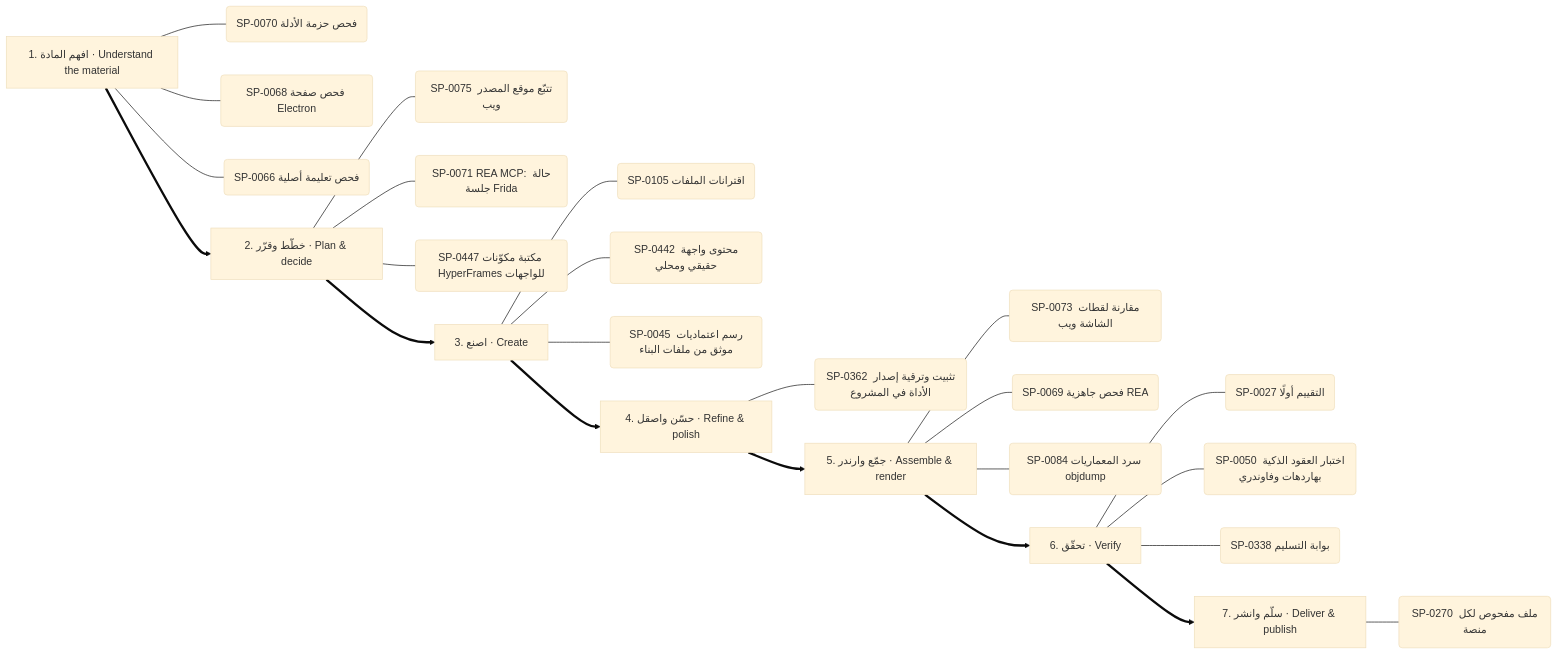
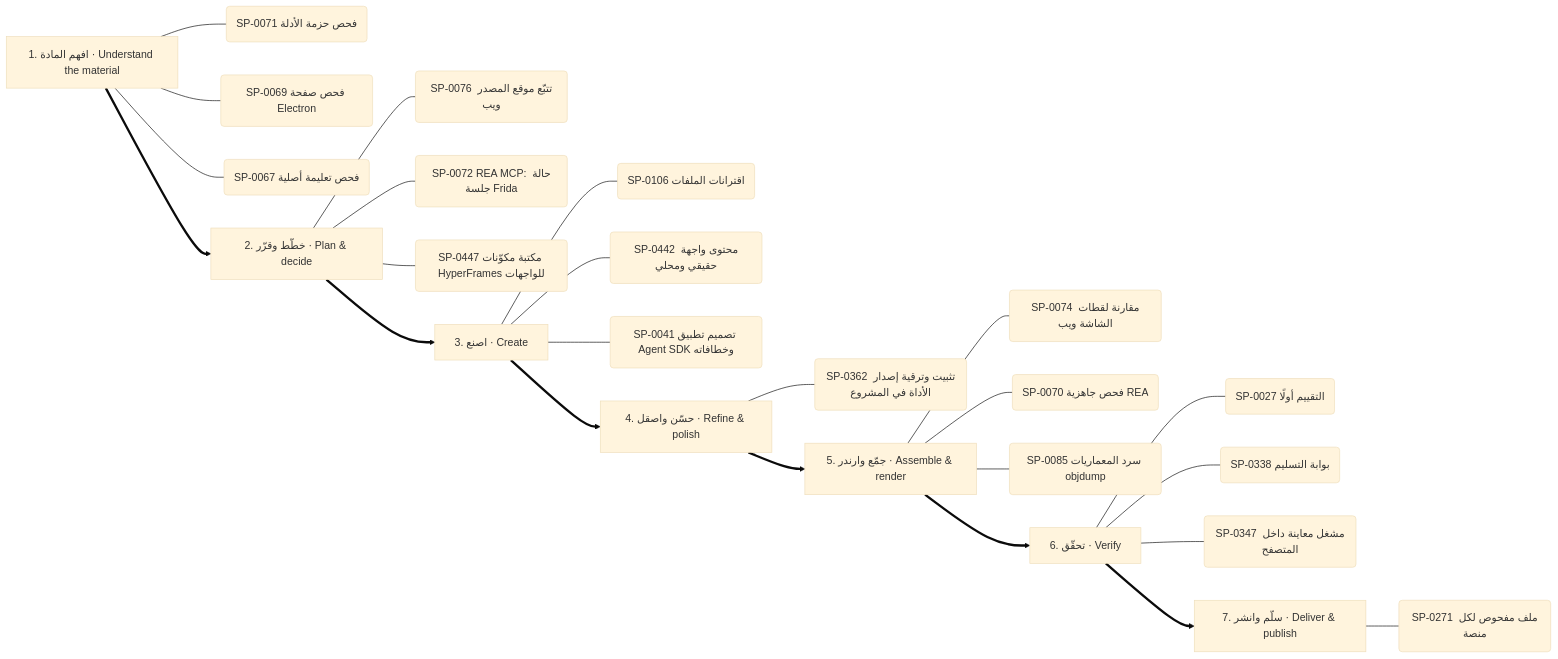
Diagram 11 of 13 in .claude/skills/kosif-superpowers/references/capability-mindmap.md (kosif199022-jpg/kosif-tool), drawn with Mermaid (base theme) before and after one commit. The commit also changed other lines of this file and 51 other files, not shown here.

````diff
--- a/.claude/skills/kosif-superpowers/references/capability-mindmap.md
+++ b/.claude/skills/kosif-superpowers/references/capability-mindmap.md
@@ -546,33 +546,33 @@
 ```mermaid
 flowchart LR
   S0["1. افهم المادة · Understand the material"]
-  S0 --- S0_0("SP-0070 فحص حزمة الأدلة")
-  S0 --- S0_1("SP-0068 فحص صفحة Electron")
-  S0 --- S0_2("SP-0066 فحص تعليمة أصلية")
+  S0 --- S0_0("SP-0071 فحص حزمة الأدلة")
+  S0 --- S0_1("SP-0069 فحص صفحة Electron")
+  S0 --- S0_2("SP-0067 فحص تعليمة أصلية")
   S1["2. خطّط وقرّر · Plan & decide"]
-  S1 --- S1_0("SP-0075 تتبّع موقع المصدر ويب")
-  S1 --- S1_1("SP-0071 REA MCP: حالة جلسة Frida")
+  S1 --- S1_0("SP-0076 تتبّع موقع المصدر ويب")
+  S1 --- S1_1("SP-0072 REA MCP: حالة جلسة Frida")
   S1 --- S1_2("SP-0447 مكتبة مكوّنات HyperFrames للواجهات")
   S0 ==> S1
   S2["3. اصنع · Create"]
-  S2 --- S2_0("SP-0105 اقترانات الملفات")
+  S2 --- S2_0("SP-0106 اقترانات الملفات")
   S2 --- S2_1("SP-0442 محتوى واجهة حقيقي ومحلي")
-  S2 --- S2_2("SP-0045 رسم اعتماديات موثق من ملفات البناء")
+  S2 --- S2_2("SP-0041 تصميم تطبيق Agent SDK وخطافاته")
   S1 ==> S2
   S3["4. حسّن واصقل · Refine & polish"]
   S3 --- S3_0("SP-0362 تثبيت وترقية إصدار الأداة في المشروع")
   S2 ==> S3
   S4["5. جمّع وارندر · Assemble & render"]
-  S4 --- S4_0("SP-0073 مقارنة لقطات الشاشة ويب")
-  S4 --- S4_1("SP-0069 فحص جاهزية REA")
-  S4 --- S4_2("SP-0084 سرد المعماريات objdump")
+  S4 --- S4_0("SP-0074 مقارنة لقطات الشاشة ويب")
+  S4 --- S4_1("SP-0070 فحص جاهزية REA")
+  S4 --- S4_2("SP-0085 سرد المعماريات objdump")
   S3 ==> S4
   S5["6. تحقّق · Verify"]
   S5 --- S5_0("SP-0027 التقييم أولًا")
-  S5 --- S5_1("SP-0050 اختبار العقود الذكية بهاردهات وفاوندري")
-  S5 --- S5_2("SP-0338 بوابة التسليم")
+  S5 --- S5_1("SP-0338 بوابة التسليم")
+  S5 --- S5_2("SP-0347 مشغل معاينة داخل المتصفح")
   S4 ==> S5
   S6["7. سلّم وانشر · Deliver & publish"]
-  S6 --- S6_0("SP-0270 ملف مفحوص لكل منصة")
+  S6 --- S6_0("SP-0271 ملف مفحوص لكل منصة")
   S5 ==> S6
 ```
````
